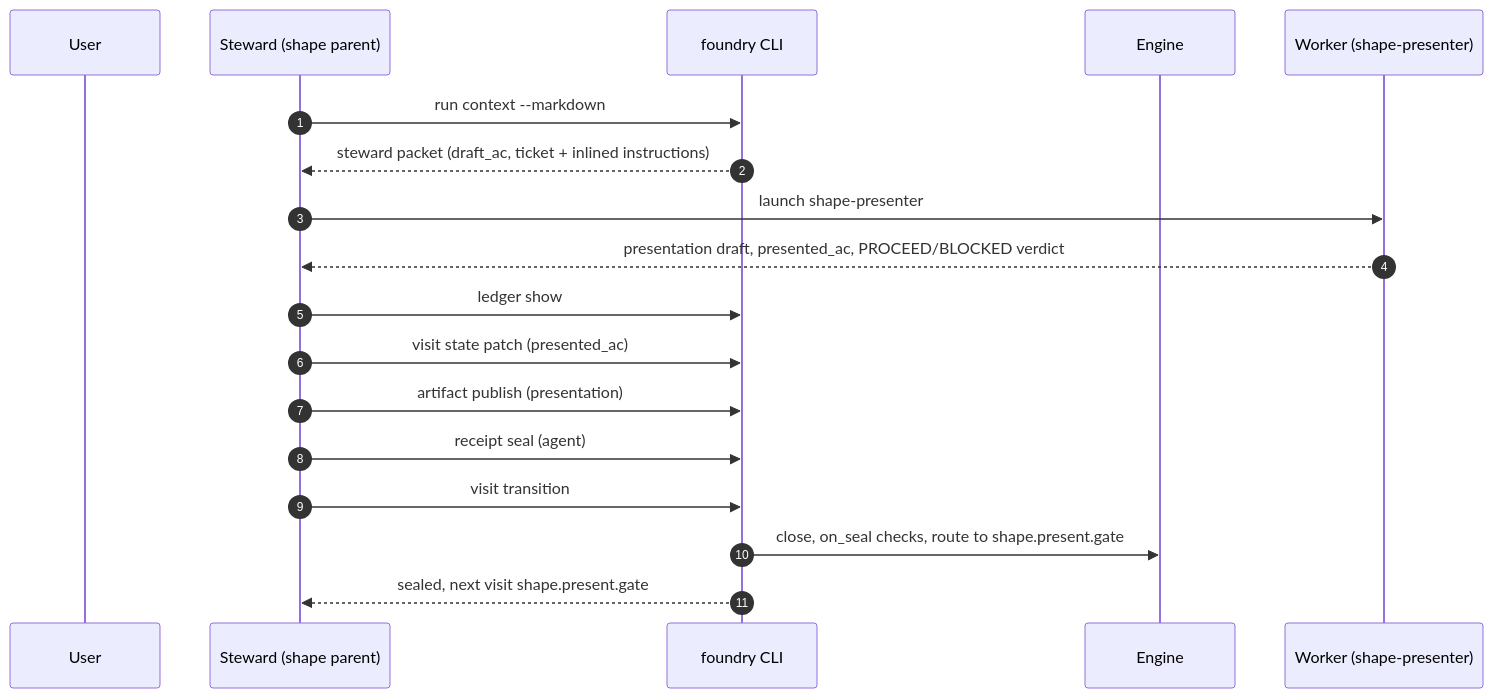
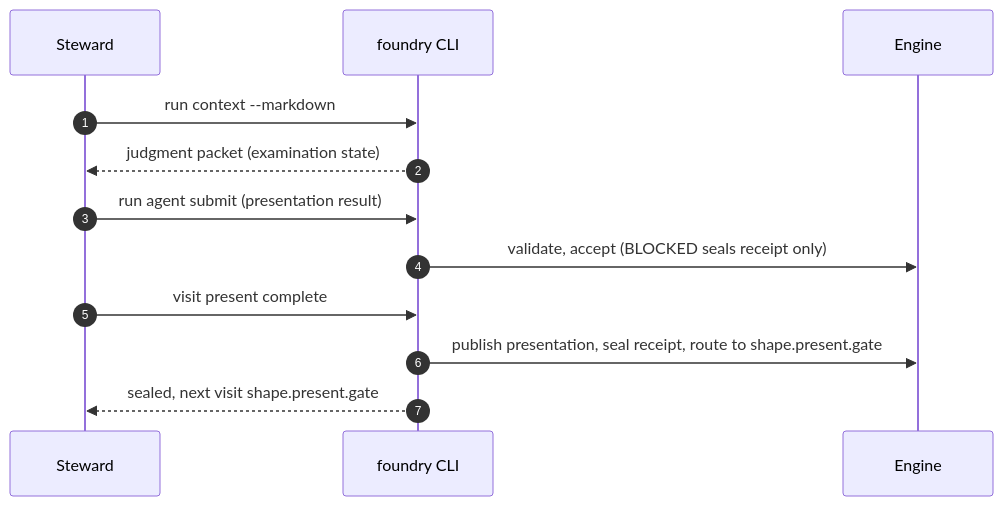
The second of 2 diagrams in .cursor/foundry/fixtures/apps/foundry-test/docs/nodes/shape.present.md (burtlo/foundry), drawn with Mermaid before and after one commit. The commit also changed other lines of this file and 144 other files, not shown here.

Commit message:
Updates the shape.present contract

````diff
--- a/.cursor/foundry/fixtures/apps/foundry-test/docs/nodes/shape.present.md
+++ b/.cursor/foundry/fixtures/apps/foundry-test/docs/nodes/shape.present.md
@@ -66,23 +66,17 @@
 ```mermaid
 sequenceDiagram
   autonumber
-  participant U as User
-  participant S as Steward (shape parent)
+  participant S as Steward
   participant CLI as foundry CLI
   participant E as Engine
-  participant W as Worker (shape-presenter)
 
   S->>CLI: run context --markdown
-  CLI-->>S: steward packet (draft_ac, ticket + inlined instructions)
+  CLI-->>S: judgment packet (examination state)
 
-  S->>W: launch shape-presenter
-  W-->>S: presentation draft, presented_ac, PROCEED/BLOCKED verdict
+  S->>CLI: run agent submit (presentation result)
+  CLI->>E: validate, accept (BLOCKED seals receipt only)
 
-  S->>CLI: ledger show
-  S->>CLI: visit state patch (presented_ac)
-  S->>CLI: artifact publish (presentation)
-  S->>CLI: receipt seal (agent)
-  S->>CLI: visit transition
-  CLI->>E: close, on_seal checks, route to shape.present.gate
+  S->>CLI: visit present complete
+  CLI->>E: publish presentation, seal receipt, route to shape.present.gate
   CLI-->>S: sealed, next visit shape.present.gate
 ```
````
